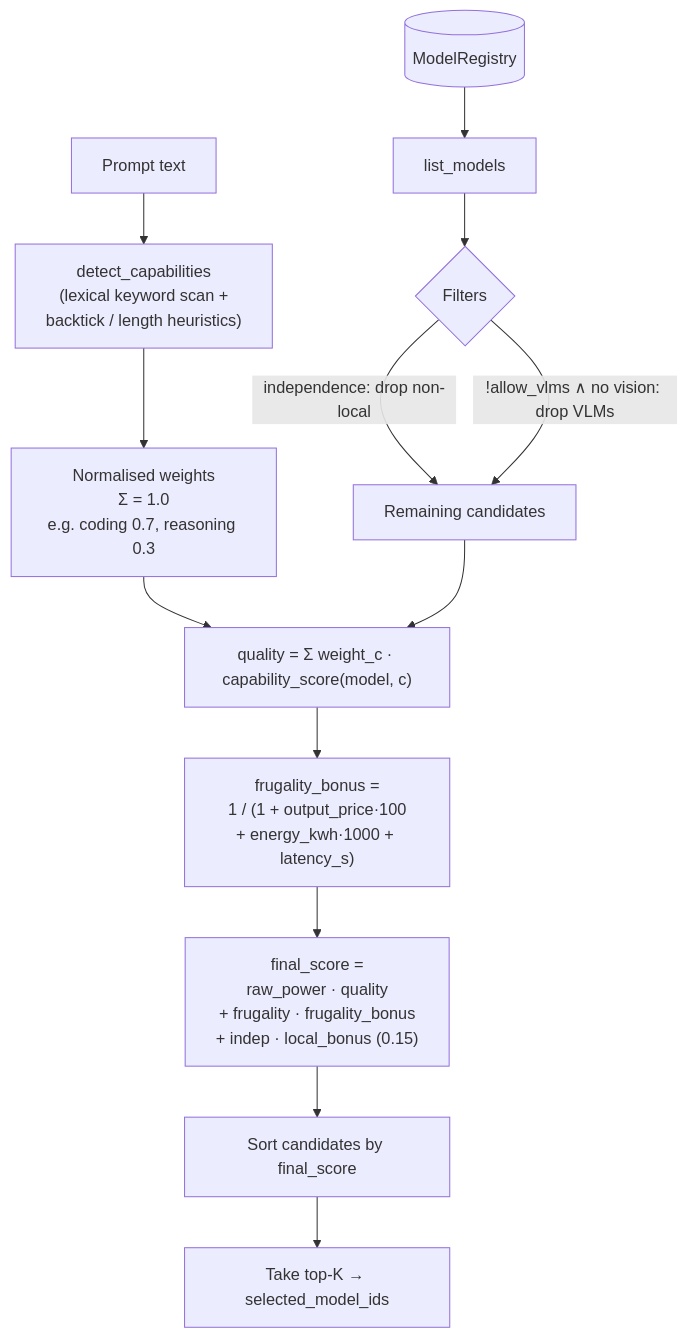
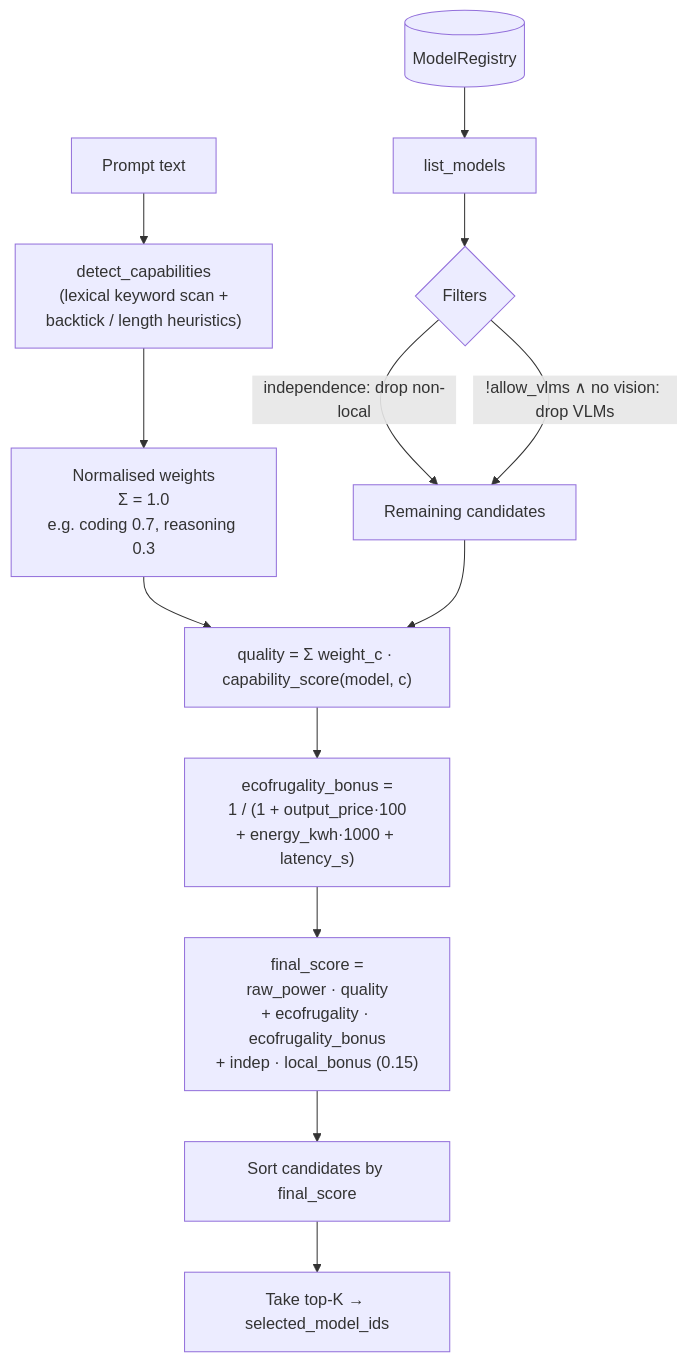
Before and after one commit to warith-harchaoui/roitelet-llm: the third of 7 diagrams in MECHANISM.md, drawn with Mermaid. The commit also changed other lines of this file and 18 other files, not shown here.

Commit message:
refactor: rename frugality to ecofrugality, add pseudonymization overrides, and fix datetime sorting in storage

````diff
--- a/MECHANISM.md
+++ b/MECHANISM.md
@@ -145,18 +145,18 @@
 ```mermaid
 flowchart TD
     P[Prompt text] --> CD["detect_capabilities<br/>(lexical keyword scan +<br/>backtick / length heuristics)"]
     CD --> CW["Normalised weights<br/>Σ = 1.0<br/>e.g. coding 0.7, reasoning 0.3"]
 
     REG[(ModelRegistry)] --> LIST[list_models]
     LIST --> FLT{Filters}
     FLT -->|"independence: drop non-local"| KEEP[Remaining candidates]
     FLT -->|"!allow_vlms ∧ no vision: drop VLMs"| KEEP
 
     CW --> Q
     KEEP --> Q
     Q["quality = Σ weight_c · capability_score(model, c)"]
-    Q --> F["frugality_bonus =<br/>1 / (1 + output_price·100<br/>+ energy_kwh·1000 + latency_s)"]
-    F --> FIN["final_score =<br/>raw_power · quality<br/>+ frugality · frugality_bonus<br/>+ indep · local_bonus (0.15)"]
+    Q --> F["ecofrugality_bonus =<br/>1 / (1 + output_price·100<br/>+ energy_kwh·1000 + latency_s)"]
+    F --> FIN["final_score =<br/>raw_power · quality<br/>+ ecofrugality · ecofrugality_bonus<br/>+ indep · local_bonus (0.15)"]
     FIN --> SORT[Sort candidates by final_score]
     SORT --> TOPK[Take top-K → selected_model_ids]
 ```
````
